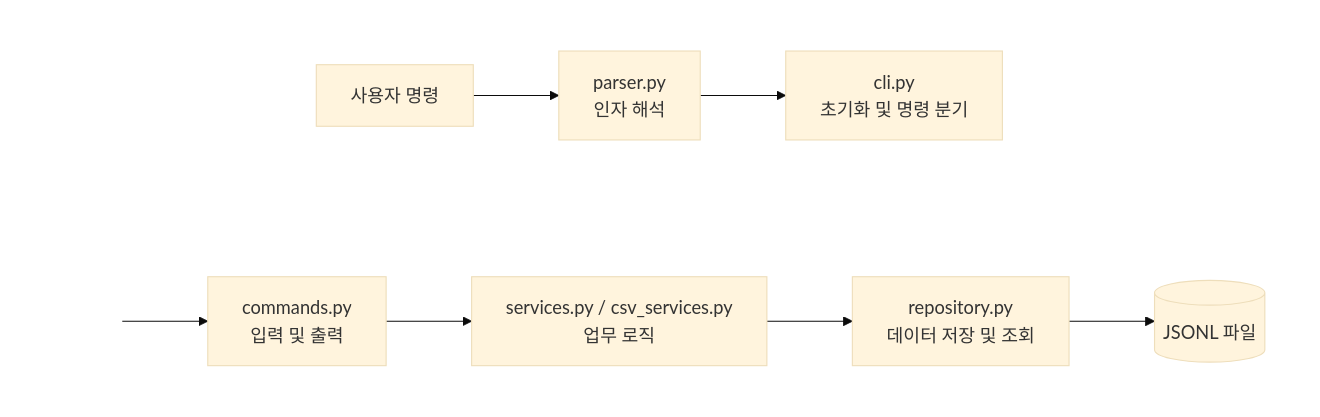
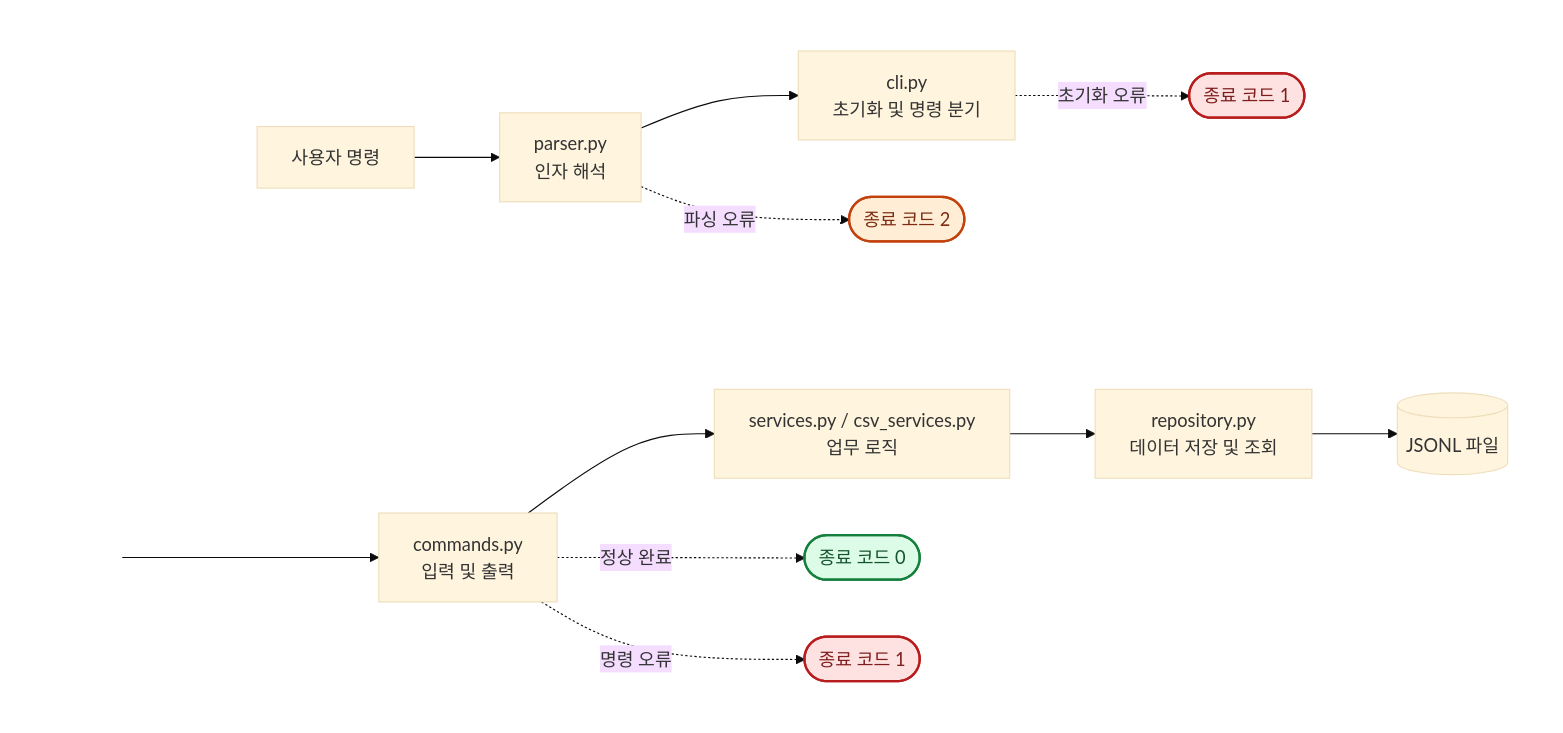
One commit to bllancck/B2-1.py-ledger-cli changed the diagram in README.md. Above: the diagram before and after it, drawn with Mermaid (base theme).

Commit message:
docs: show exit paths in execution diagram

````diff
--- a/README.md
+++ b/README.md
@@ -58,23 +58,34 @@
 ```mermaid
 flowchart TB
     subgraph first_row[" "]
         direction LR
         user[사용자 명령] --> parser[parser.py<br/>인자 해석]
         parser --> cli[cli.py<br/>초기화 및 명령 분기]
+        parser -. 파싱 오류 .-> exit2([종료 코드 2])
+        cli -. 초기화 오류 .-> init_error([종료 코드 1])
     end
 
     subgraph second_row[" "]
         direction LR
-        next[" "] --> commands[commands.py<br/>입력 및 출력]
+        next[" "] ----> commands[commands.py<br/>입력 및 출력]
         services[services.py / csv_services.py<br/>업무 로직]
         commands --> services
         services --> repository[repository.py<br/>데이터 저장 및 조회]
         repository --> files[(JSONL 파일)]
+        commands -. 정상 완료 .-> exit0([종료 코드 0])
+        commands -. 명령 오류 .-> command_error([종료 코드 1])
     end
 
     first_row ~~~ second_row
 
     style first_row fill:none,stroke:none
     style second_row fill:none,stroke:none
     style next fill:none,stroke:none
+
+    classDef exitSuccess fill:#dcfce7,stroke:#15803d,color:#14532d,stroke-width:2px
+    classDef exitError fill:#fee2e2,stroke:#b91c1c,color:#7f1d1d,stroke-width:2px
+    classDef exitParse fill:#ffedd5,stroke:#c2410c,color:#7c2d12,stroke-width:2px
+    class exit0 exitSuccess
+    class init_error,command_error exitError
+    class exit2 exitParse
 ```
````
